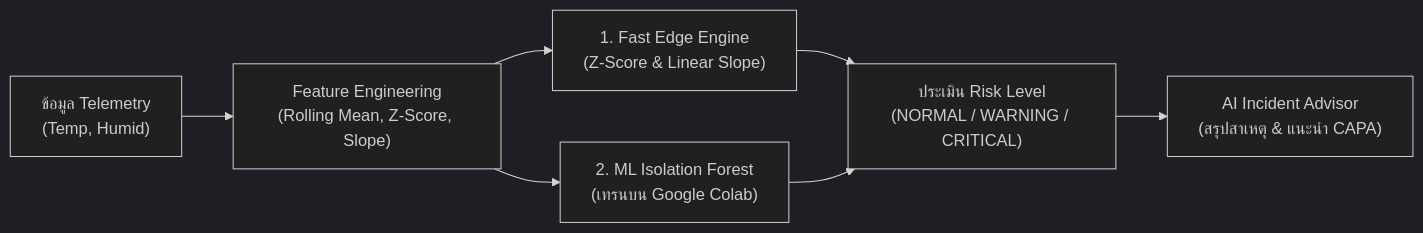
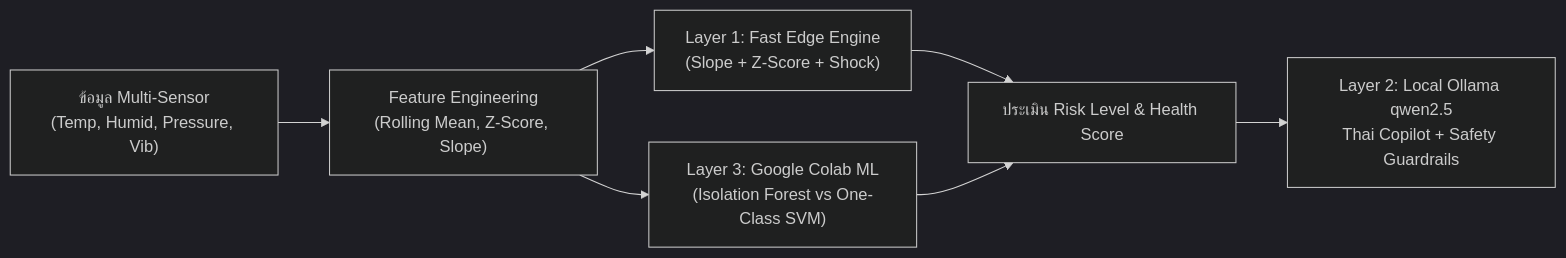
The diagram in docs/04_ai_anomaly_detection.md (chanapasadudee-max/aiot-coldchain-monitor), drawn with Mermaid (dark theme) before and after one commit. The commit also changed other lines of this file and 31 other files, not shown here.

````diff
--- a/docs/04_ai_anomaly_detection.md
+++ b/docs/04_ai_anomaly_detection.md
@@ -25,9 +25,9 @@
 ```mermaid
 flowchart LR
-    A["ข้อมูล Telemetry<br>(Temp, Humid)"] --> B["Feature Engineering<br>(Rolling Mean, Z-Score, Slope)"]
-    B --> C["1. Fast Edge Engine<br>(Z-Score & Linear Slope)"]
-    B --> D["2. ML Isolation Forest<br>(เทรนบน Google Colab)"]
-    C --> E["ประเมิน Risk Level<br>(NORMAL / WARNING / CRITICAL)"]
+    A["ข้อมูล Multi-Sensor<br>(Temp, Humid, Pressure, Vib)"] --> B["Feature Engineering<br>(Rolling Mean, Z-Score, Slope)"]
+    B --> C["Layer 1: Fast Edge Engine<br>(Slope + Z-Score + Shock)"]
+    B --> D["Layer 3: Google Colab ML<br>(Isolation Forest vs One-Class SVM)"]
+    C --> E["ประเมิน Risk Level & Health Score"]
     D --> E
-    E --> F["AI Incident Advisor<br>(สรุปสาเหตุ & แนะนำ CAPA)"]
+    E --> F["Layer 2: Local Ollama qwen2.5<br>Thai Copilot + Safety Guardrails"]
 ```
````
